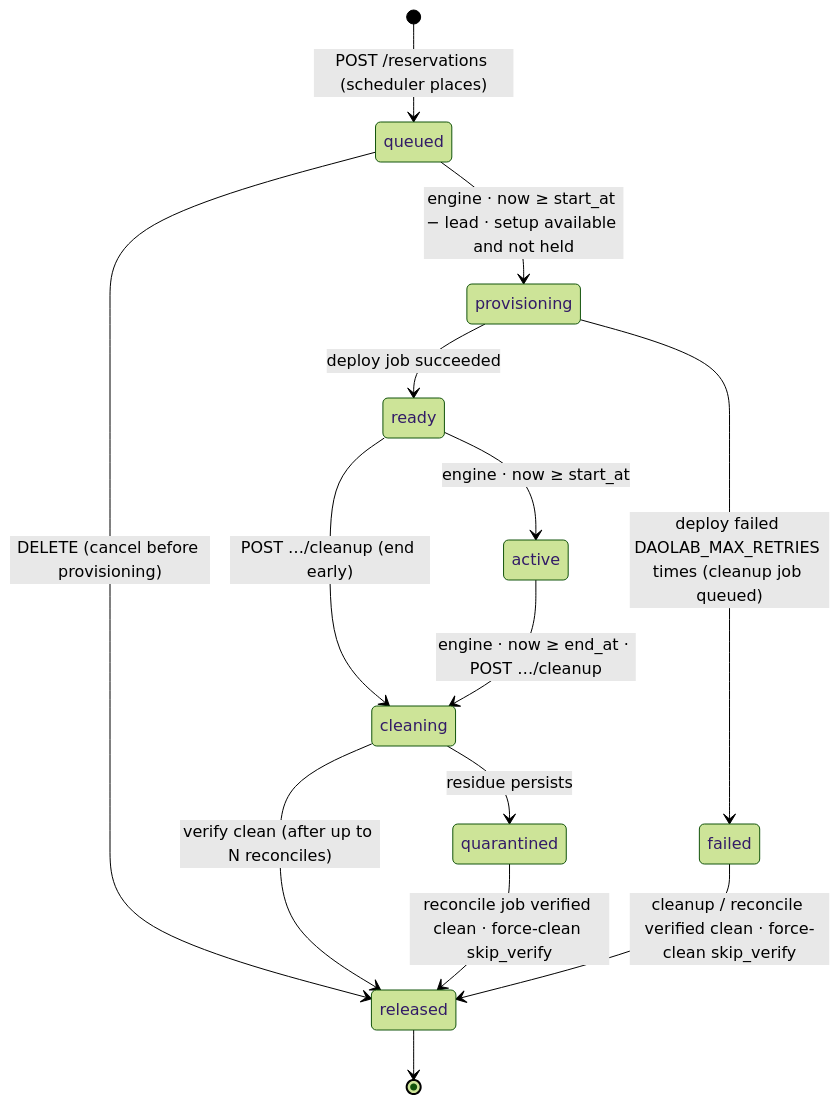
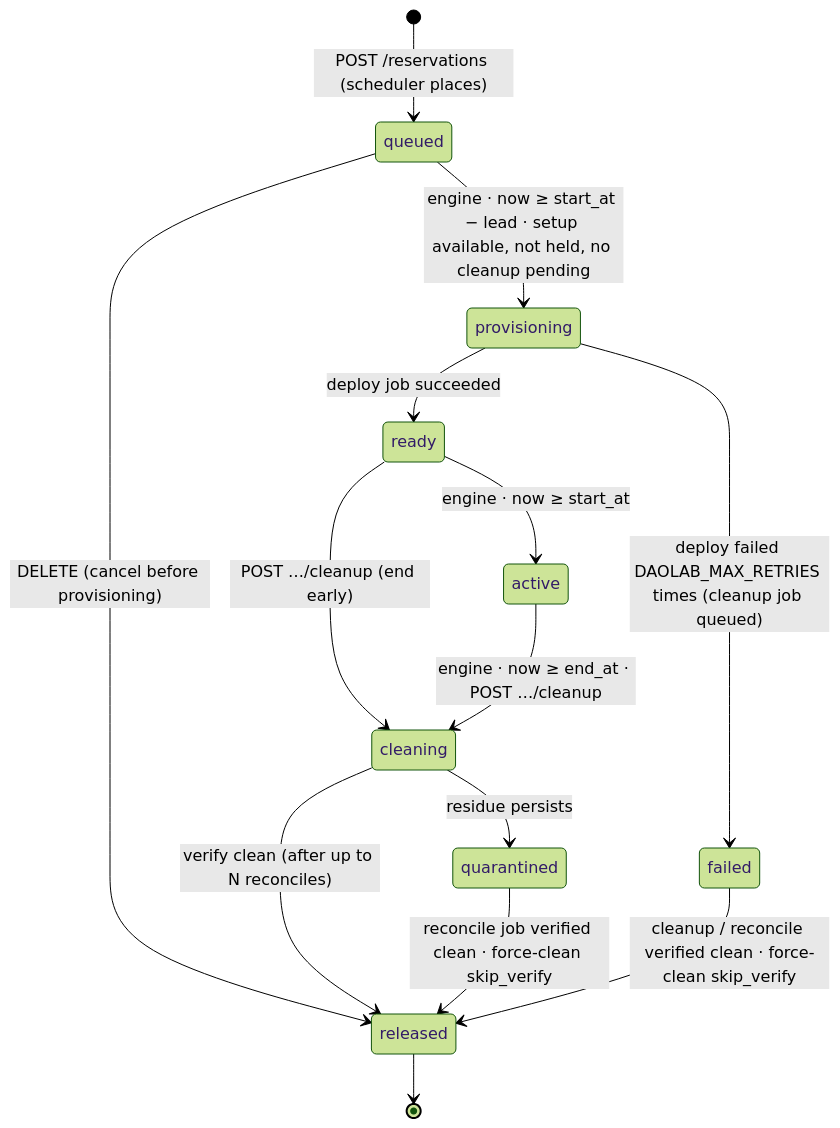
One commit to hrushikesh-sam/dao-lab-selfserve changed the first of 2 diagrams in plan/04-lifecycle-engine.md. Above: the diagram before and after it, drawn with Mermaid (forest theme). The commit also changed other lines of this file and 4 other files, not shown here.

````diff
--- a/plan/04-lifecycle-engine.md
+++ b/plan/04-lifecycle-engine.md
@@ -30,16 +30,16 @@
 ```mermaid
 stateDiagram-v2
     [*] --> queued: POST /reservations (scheduler places)
-    queued --> provisioning: engine · now ≥ start_at − lead · setup available and not held
+    queued --> provisioning: engine · now ≥ start_at − lead · setup available, not held, no cleanup pending
     queued --> released: DELETE (cancel before provisioning)
     provisioning --> ready: deploy job succeeded
     provisioning --> failed: deploy failed DAOLAB_MAX_RETRIES times (cleanup job queued)
     ready --> active: engine · now ≥ start_at
     ready --> cleaning: POST …/cleanup (end early)
     active --> cleaning: engine · now ≥ end_at · POST …/cleanup
     cleaning --> released: verify clean (after up to N reconciles)
     cleaning --> quarantined: residue persists
     quarantined --> released: reconcile job verified clean · force-clean skip_verify
     failed --> released: cleanup / reconcile verified clean · force-clean skip_verify
     released --> [*]
 ```
````
